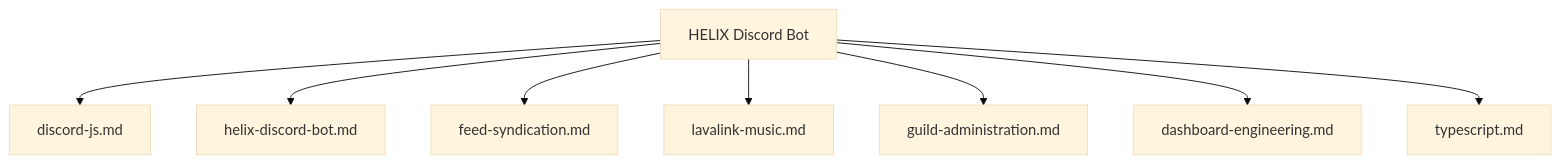
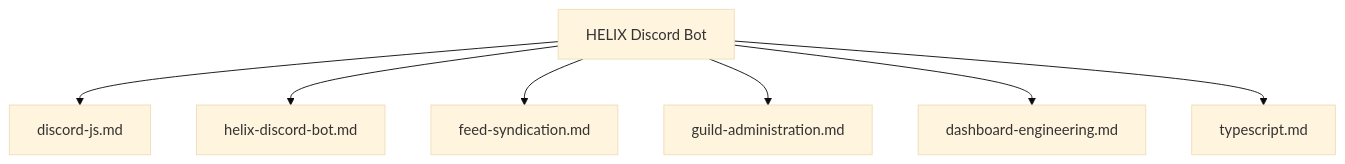
Before and after one commit to HELIX-Origin/HELIX-Discord-Bot: the diagram in .agents/skills/README.md, drawn with Mermaid (base theme). The commit also changed other lines of this file and 79 other files, not shown here.

Commit message:
✨ feat(core): retire lavalink music, update vps directory to /opt, and release v0.5.0

````diff
--- a/.agents/skills/README.md
+++ b/.agents/skills/README.md
@@ -23,10 +22,9 @@
 ```mermaid
 flowchart TD
     Helix[HELIX Discord Bot] --> Discord[discord-js.md]
     Helix --> Workflow[helix-discord-bot.md]
     Helix --> Feeds[feed-syndication.md]
-    Helix --> Music[lavalink-music.md]
     Helix --> Admin[guild-administration.md]
     Helix --> Dashboard[dashboard-engineering.md]
     Helix --> TS[typescript.md]
 ```
````
